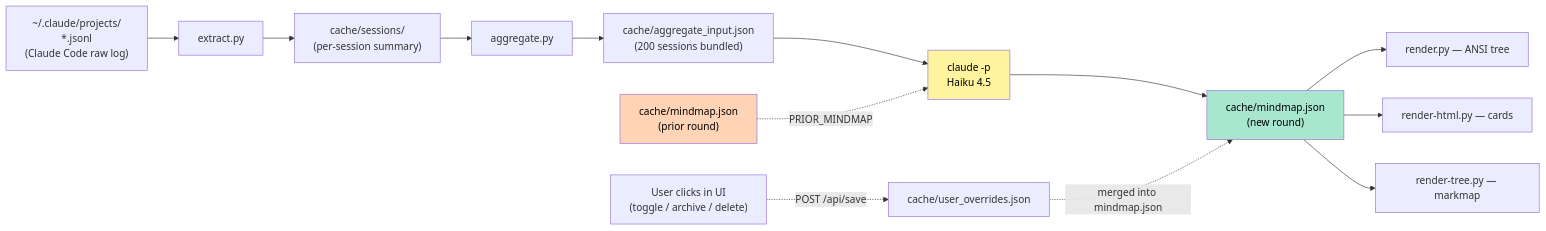
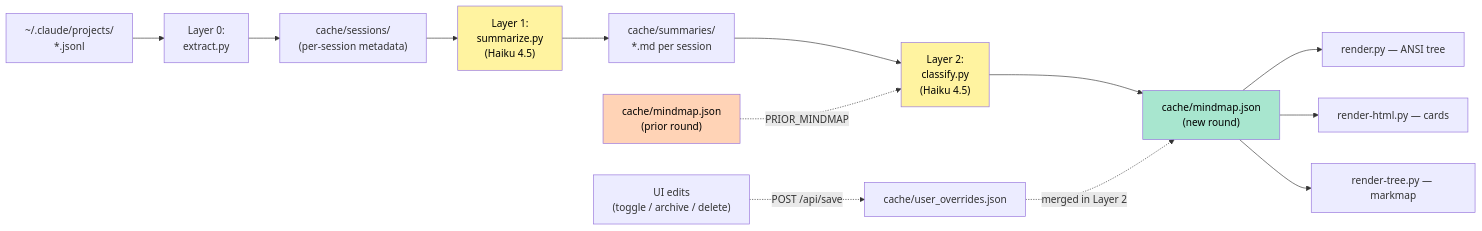
The first of 8 diagrams in docs/ARCHITECTURE.md (Icesource/claude-code-worktree), drawn with Mermaid before and after one commit. The commit also changed other lines of this file and 1 other file, not shown here.

````diff
--- a/docs/ARCHITECTURE.md
+++ b/docs/ARCHITECTURE.md
@@ -20,19 +25,20 @@
 ```mermaid
 flowchart LR
-    A["~/.claude/projects/<br/>*.jsonl<br/>(Claude Code raw log)"] --> B["extract.py"]
-    B --> C["cache/sessions/<br/>(per-session summary)"]
-    C --> D["aggregate.py"]
-    D --> E["cache/aggregate_input.json<br/>(200 sessions bundled)"]
-    E --> F["claude -p<br/>Haiku 4.5"]
-    G["cache/mindmap.json<br/>(prior round)"] -.->|PRIOR_MINDMAP| F
-    F --> H["cache/mindmap.json<br/>(new round)"]
-    H --> R1["render.py — ANSI tree"]
-    H --> R2["render-html.py — cards"]
-    H --> R3["render-tree.py — markmap"]
-    U["User clicks in UI<br/>(toggle / archive / delete)"] -.->|"POST /api/save"| OV["cache/user_overrides.json"]
-    OV -.->|"merged into mindmap.json"| H
+    A["~/.claude/projects/<br/>*.jsonl"] --> L0["Layer 0:<br/>extract.py"]
+    L0 --> S["cache/sessions/<br/>(per-session metadata)"]
+    S --> L1["Layer 1:<br/>summarize.py<br/>(Haiku 4.5)"]
+    L1 --> SM["cache/summaries/<br/>*.md per session"]
+    SM --> L2["Layer 2:<br/>classify.py<br/>(Haiku 4.5)"]
+    P["cache/mindmap.json<br/>(prior round)"] -.->|PRIOR_MINDMAP| L2
+    L2 --> M["cache/mindmap.json<br/>(new round)"]
+    M --> R1["render.py — ANSI tree"]
+    M --> R2["render-html.py — cards"]
+    M --> R3["render-tree.py — markmap"]
+    U["UI edits<br/>(toggle / archive / delete)"] -.->|"POST /api/save"| OV["cache/user_overrides.json"]
+    OV -.->|"merged in Layer 2"| M
 
-    style F fill:#fff3a0,color:#000
-    style H fill:#a8e6cf,color:#000
-    style G fill:#ffd3b6,color:#000
+    style L1 fill:#fff3a0,color:#000
+    style L2 fill:#fff3a0,color:#000
+    style M fill:#a8e6cf,color:#000
+    style P fill:#ffd3b6,color:#000
 ```
````
